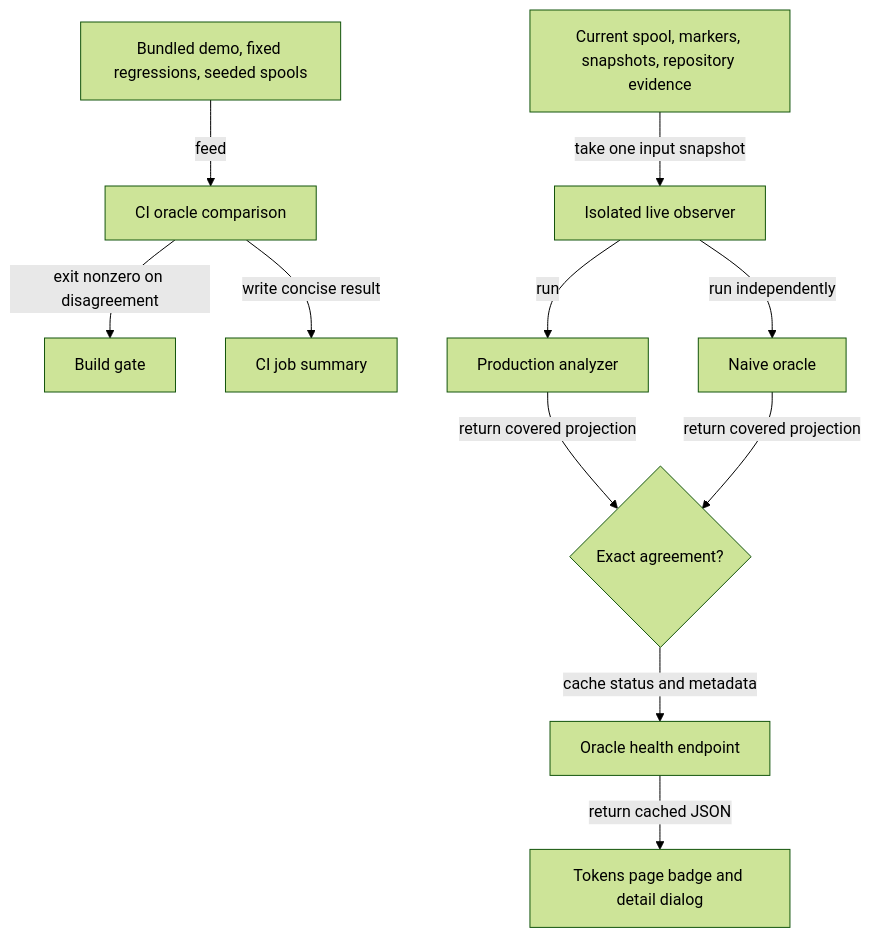
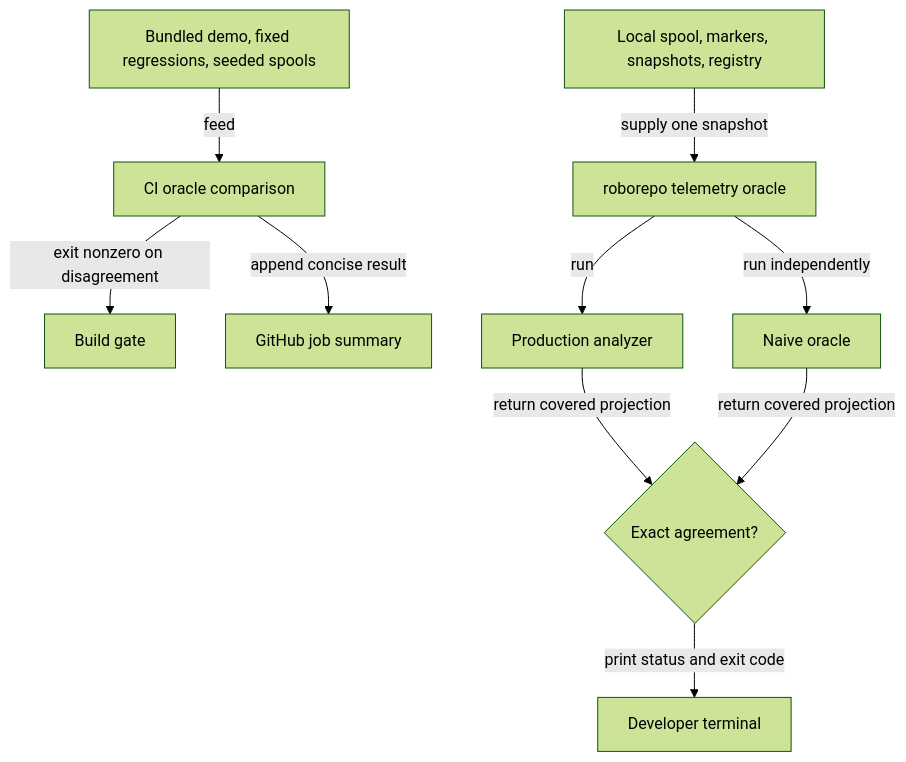
The diagram in docs/plans/active/telemetry-analytics-oracle-live-observer.md (kirinmurphy/roborepo-alpha), drawn with Mermaid (forest theme) before and after one commit. The commit also changed other lines of this file and 1 other file, not shown here.

First line of the commit message:
Revise plan koww80zh: replace live observer with on-demand oracle command

````diff
--- a/docs/plans/active/telemetry-analytics-oracle-live-observer.md
+++ b/docs/plans/active/telemetry-analytics-oracle-live-observer.md
@@ -165,14 +153,13 @@
 ```mermaid
 flowchart TD
     fixtures[Bundled demo, fixed regressions, seeded spools] -->|feed| ci[CI oracle comparison]
     ci -->|exit nonzero on disagreement| gate[Build gate]
-    ci -->|write concise result| summary[CI job summary]
+    ci -->|append concise result| summary[GitHub job summary]
 
-    inputs[Current spool, markers, snapshots, repository evidence] -->|take one input snapshot| worker[Isolated live observer]
-    worker -->|run| production[Production analyzer]
-    worker -->|run independently| oracle[Naive oracle]
+    state[Local spool, markers, snapshots, registry] -->|supply one snapshot| command[roborepo telemetry oracle]
+    command -->|run| production[Production analyzer]
+    command -->|run independently| oracle[Naive oracle]
     production -->|return covered projection| compare{Exact agreement?}
     oracle -->|return covered projection| compare
-    compare -->|cache status and metadata| health[Oracle health endpoint]
-    health -->|return cached JSON| badge[Tokens page badge and detail dialog]
+    compare -->|print status and exit code| developer[Developer terminal]
 ```
````
